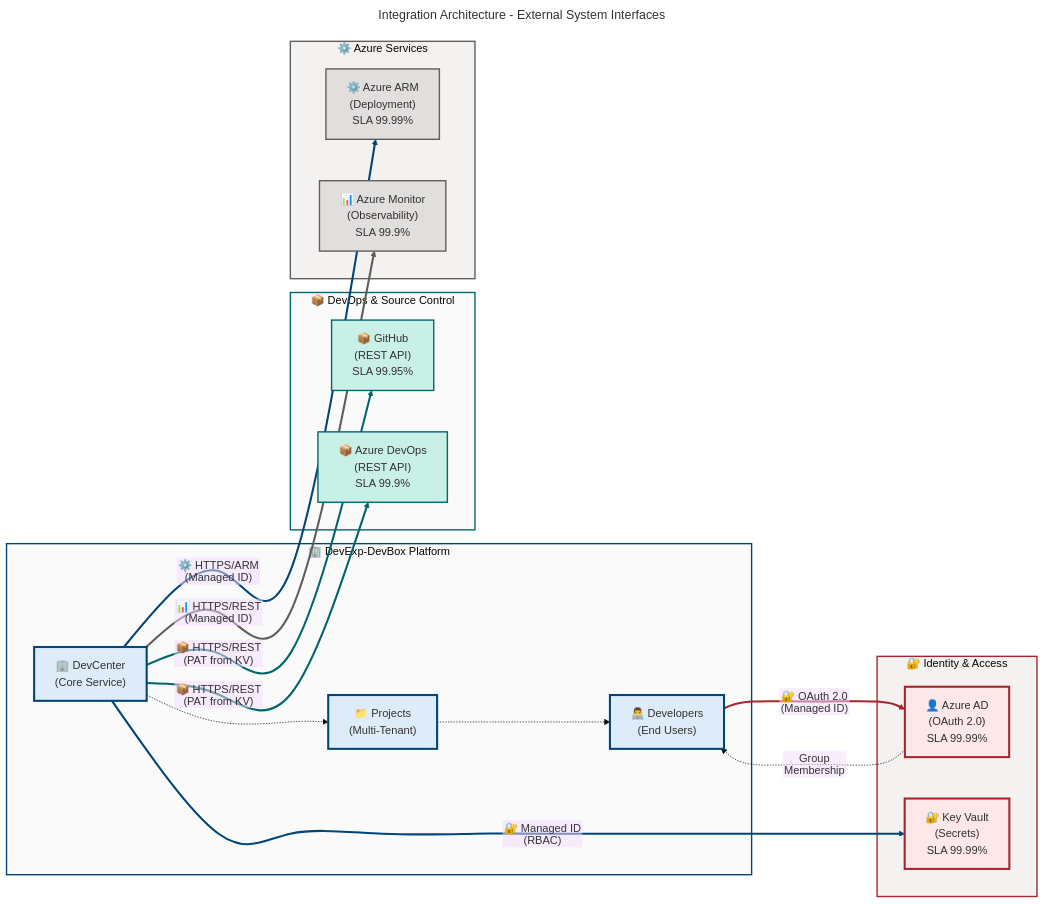
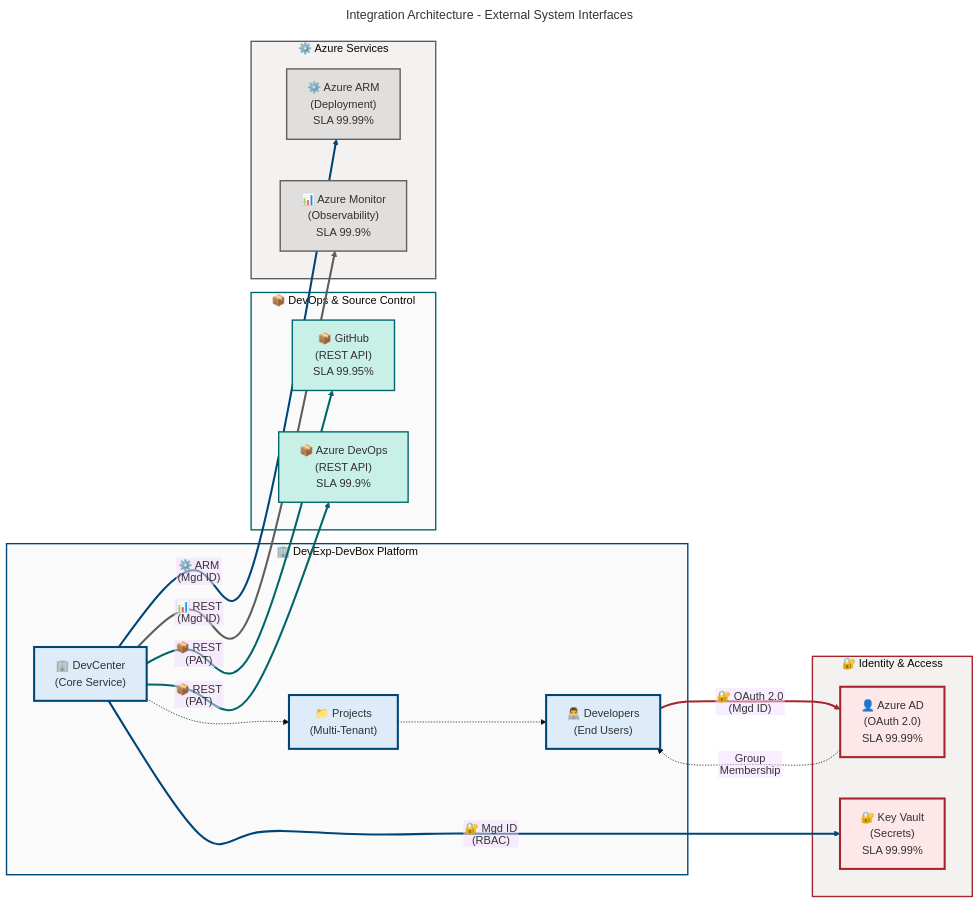
Before and after one commit to Evilazaro/DevExp-DevBox: the fourth of 4 diagrams in docs/architecture/Business-Architecture.md, drawn with Mermaid.

Commit message:
fix: simplify labels in authentication and integration flows for consistency

```diff
--- a/docs/architecture/Business-Architecture.md
+++ b/docs/architecture/Business-Architecture.md
@@ -1055,14 +1055,14 @@
     end
 
 %% Authentication flows (emphasized solid lines)
-    DEV e10@==>|"🔐 OAuth 2.0<br/>(Managed ID)"| AAD
-    DC e11@==>|"🔐 Managed ID<br/>(RBAC)"| KV
+    DEV e10@==>|"🔐 OAuth 2.0<br/>(Mgd ID)"| AAD
+    DC e11@==>|"🔐 Mgd ID<br/>(RBAC)"| KV
 
     %% Integration flows (emphasized solid lines)
-    DC e12@==>|"📦 HTTPS/REST<br/>(PAT from KV)"| GH
-    DC e13@==>|"📦 HTTPS/REST<br/>(PAT from KV)"| ADO
-    DC e14@==>|"⚙️ HTTPS/ARM<br/>(Managed ID)"| ARM
-    DC e15@==>|"📊 HTTPS/REST<br/>(Managed ID)"| MON
+    DC e12@==>|"📦 REST<br/>(PAT)"| GH
+    DC e13@==>|"📦 REST<br/>(PAT)"| ADO
+    DC e14@==>|"⚙️ ARM<br/>(Mgd ID)"| ARM
+    DC e15@==>|"📊 REST<br/>(Mgd ID)"| MON
 
     %% Critical integration edge styling (P3 feature)
     linkStyle 0 stroke:#A4262C,stroke-width:3px
```
